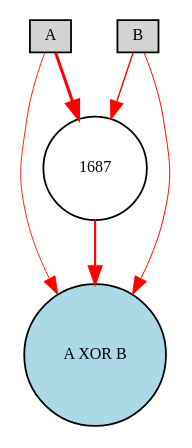
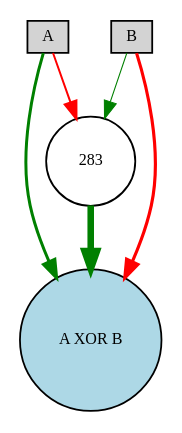
The diagram in XOR/Digraph.gv (lafengxiaoyu/ENN), drawn with Graphviz before and after one commit. The commit also changed 6 other files, not shown here.

```diff
--- a/XOR/Digraph.gv
+++ b/XOR/Digraph.gv
@@ -1,12 +1,12 @@
 digraph {
 	node [fontsize=9 height=0.2 shape=circle width=0.2]
 	A [fillcolor=lightgray shape=box style=filled]
 	B [fillcolor=lightgray shape=box style=filled]
 	"A XOR B" [fillcolor=lightblue style=filled]
-	1687 [fillcolor=white style=filled]
-	A -> "A XOR B" [color=red penwidth=0.47845176971536585 style=solid]
-	B -> "A XOR B" [color=red penwidth=0.5362979534315969 style=solid]
-	A -> 1687 [color=red penwidth=1.6669126804740868 style=solid]
-	1687 -> "A XOR B" [color=red penwidth=1.1762236689000032 style=solid]
-	B -> 1687 [color=red penwidth=0.7706394477398193 style=solid]
+	283 [fillcolor=white style=filled]
+	B -> "A XOR B" [color=red penwidth=1.7686131329904802 style=solid]
+	B -> 283 [color=green penwidth=0.5778486337835499 style=solid]
+	283 -> "A XOR B" [color=green penwidth=3.6786290700739457 style=solid]
+	A -> 283 [color=red penwidth=1.107257134951222 style=solid]
+	A -> "A XOR B" [color=green penwidth=1.6807794522656168 style=solid]
 }
```
